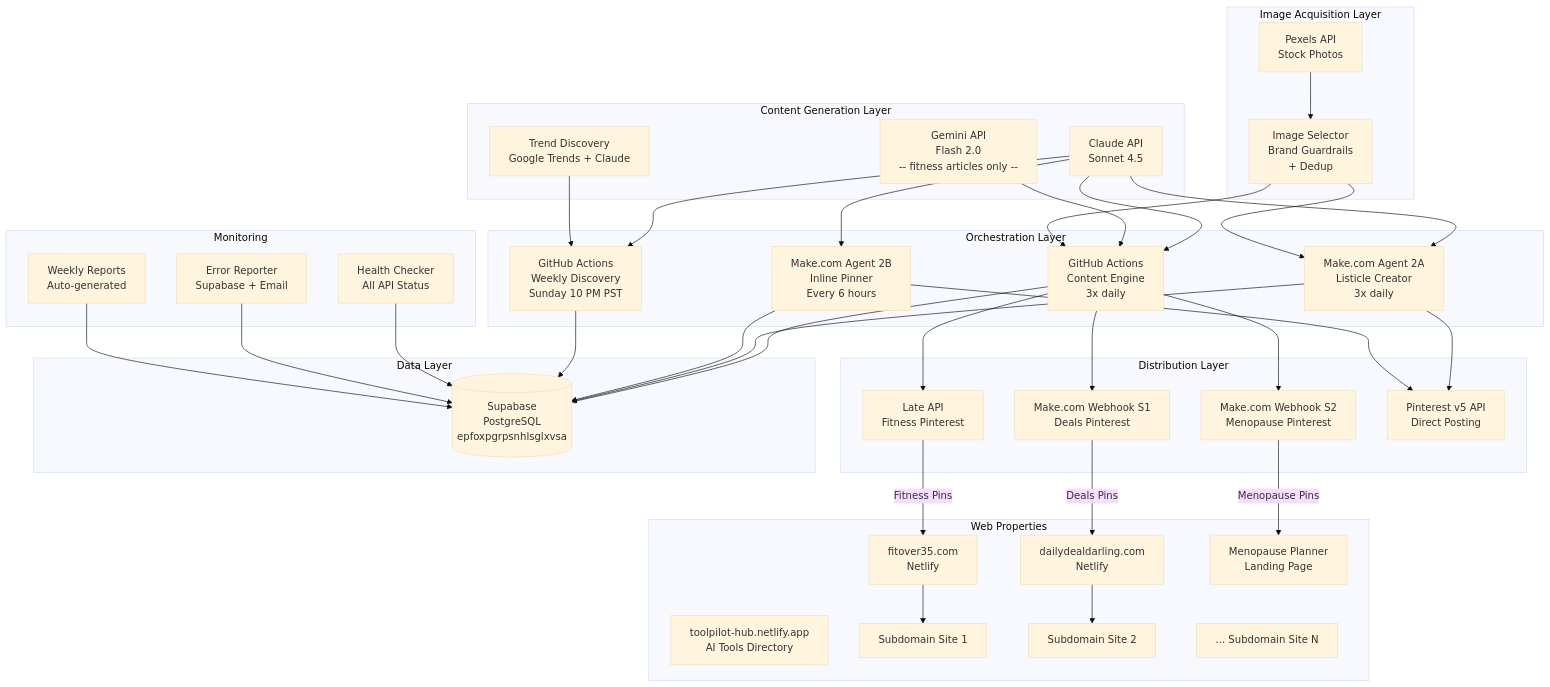
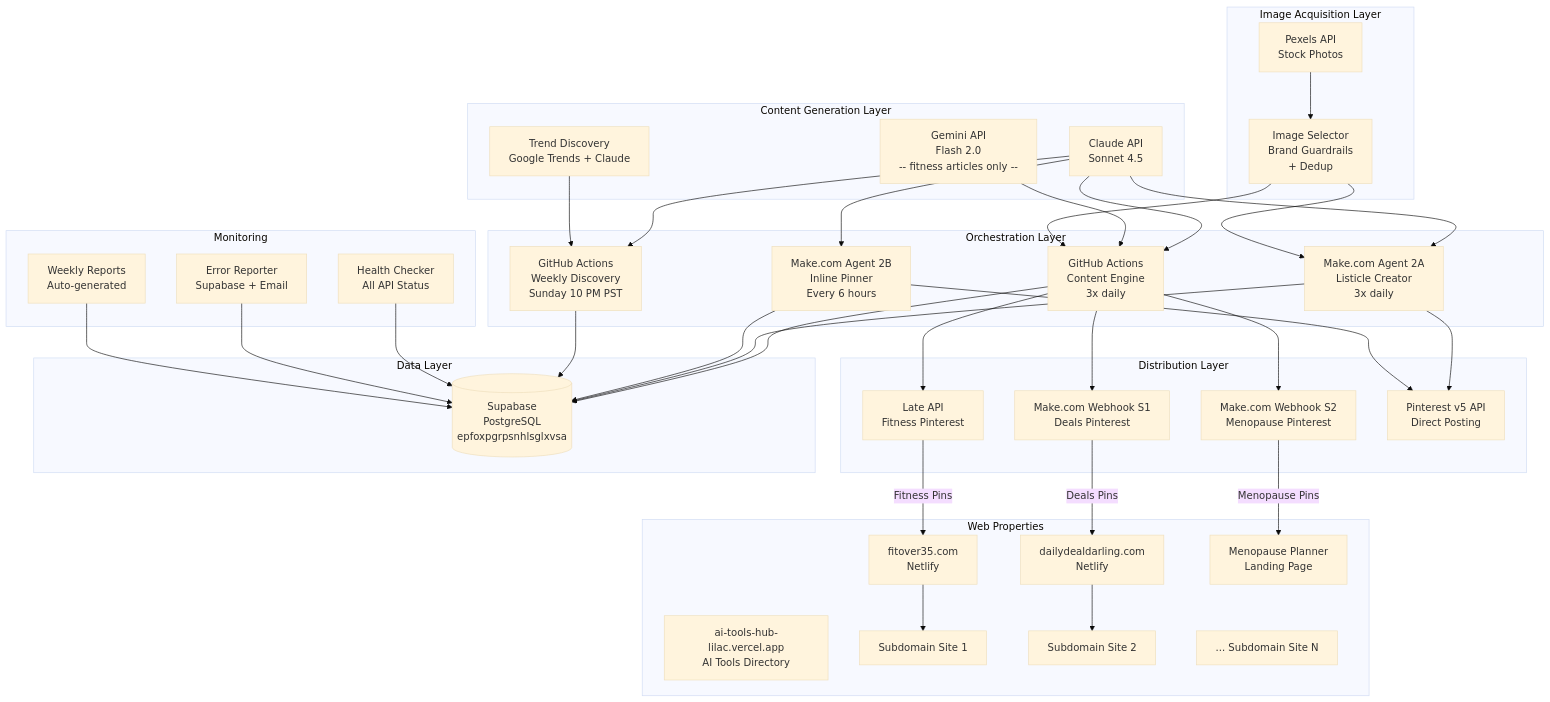
One commit to talhahbilal1-arch/social-media-empire changed the first of 5 diagrams in outputs/documentation/system_architecture.md. Above: the diagram before and after it, drawn with Mermaid (base theme). The commit also changed other lines of this file and 18 other files, not shown here.

First line of the commit message:
feat: migrate ToolPilot from Netlify to Vercel

```diff
--- a/outputs/documentation/system_architecture.md
+++ b/outputs/documentation/system_architecture.md
@@ -60,7 +60,7 @@
         FIT[fitover35.com\nNetlify]
         DDD[dailydealdarling.com\nNetlify]
         MENO[Menopause Planner\nLanding Page]
-        TOOL[toolpilot-hub.netlify.app\nAI Tools Directory]
+        TOOL[ai-tools-hub-lilac.vercel.app\nAI Tools Directory]
         SUB1[Subdomain Site 1]
         SUB2[Subdomain Site 2]
         SUBN[... Subdomain Site N]
```
